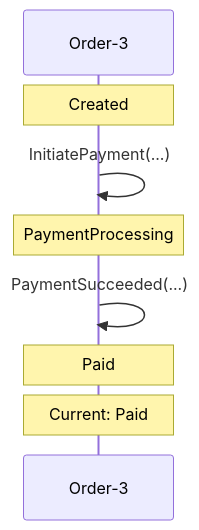
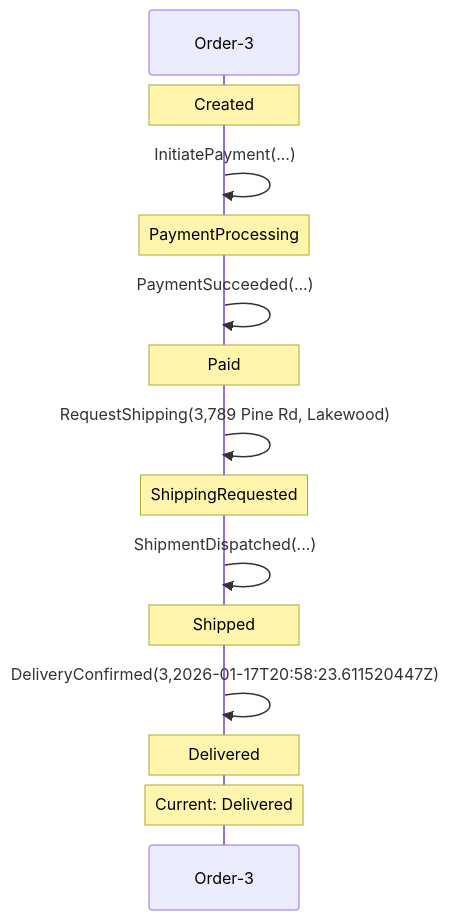
One commit to Iterable/mechanoid changed the first of 2 diagrams in docs/visualizations/order-3-trace.md. Above: the diagram before and after it, drawn with Mermaid. The commit also changed other lines of this file and 10 other files, not shown here.

````diff
--- a/docs/visualizations/order-3-trace.md
+++ b/docs/visualizations/order-3-trace.md
@@ -45,10 +7,17 @@
 ```mermaid
 sequenceDiagram
     participant FSM as Order-3
     Note over FSM: Created
     FSM->>FSM: InitiatePayment(...)
     Note over FSM: PaymentProcessing
     FSM->>FSM: PaymentSucceeded(...)
     Note over FSM: Paid
-    Note over FSM: Current: Paid
+    FSM->>FSM: RequestShipping(3,789 Pine Rd, Lakewood)
+    Note over FSM: ShippingRequested
+    FSM->>FSM: ShipmentDispatched(...)
+    Note over FSM: Shipped
+    FSM->>FSM: DeliveryConfirmed(3,2026-01-17T20:58:23.611520447Z)
+    Note over FSM: Delivered
+    Note over FSM: Current: Delivered
+
 ```
````
